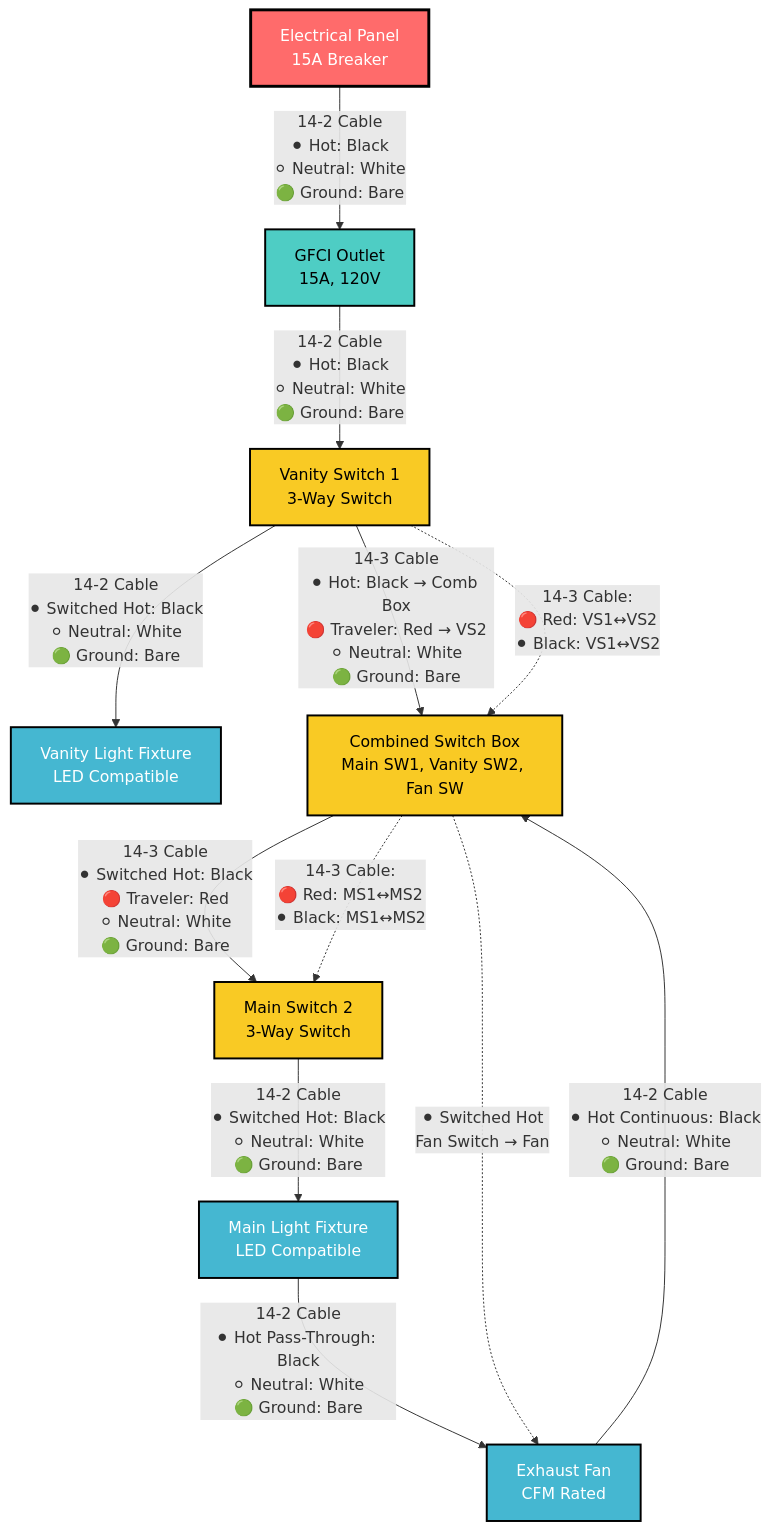
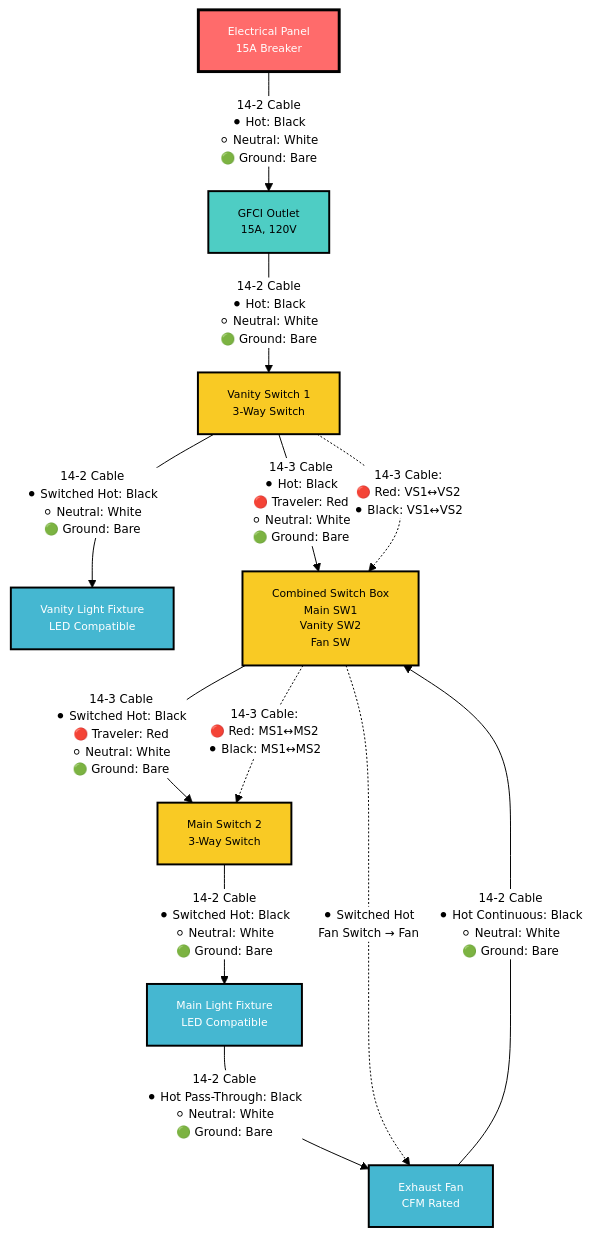
Before and after one commit to ticklemycode/electrical-wiring: the first of 8 diagrams in diagrams/mermaid-wiring-diagram.md, drawn with Mermaid. The commit also changed other lines of this file, not shown here.

````diff
--- a/diagrams/mermaid-wiring-diagram.md
+++ b/diagrams/mermaid-wiring-diagram.md
@@ -7,37 +7,38 @@
 ```mermaid
+%%{init: {'theme':'base', 'themeVariables': {'fontSize': '12px', 'fontFamily': 'Arial', 'primaryColor': '#ffffff', 'primaryTextColor': '#000000', 'lineColor': '#000000'}}}%%
 flowchart TD
     A[Electrical Panel<br/>15A Breaker] -->|14-2 Cable<br/>⚫ Hot: Black<br/>⚪ Neutral: White<br/>🟢 Ground: Bare| B[GFCI Outlet<br/>15A, 120V]
     
     B -->|14-2 Cable<br/>⚫ Hot: Black<br/>⚪ Neutral: White<br/>🟢 Ground: Bare| D[Vanity Switch 1<br/>3-Way Switch]
     
     D -->|14-2 Cable<br/>⚫ Switched Hot: Black<br/>⚪ Neutral: White<br/>🟢 Ground: Bare| C[Vanity Light Fixture<br/>LED Compatible]
     
-    D -->|14-3 Cable<br/>⚫ Hot: Black → Comb Box<br/>🔴 Traveler: Red → VS2<br/>⚪ Neutral: White<br/>🟢 Ground: Bare| E[Combined Switch Box<br/>Main SW1, Vanity SW2, Fan SW]
+    D -->|14-3 Cable<br/>⚫ Hot: Black<br/>🔴 Traveler: Red<br/>⚪ Neutral: White<br/>🟢 Ground: Bare| E[Combined Switch Box<br/>Main SW1<br/>Vanity SW2<br/>Fan SW]
     
     E -->|14-3 Cable<br/>⚫ Switched Hot: Black<br/>🔴 Traveler: Red<br/>⚪ Neutral: White<br/>🟢 Ground: Bare| F[Main Switch 2<br/>3-Way Switch]
     
     F -->|14-2 Cable<br/>⚫ Switched Hot: Black<br/>⚪ Neutral: White<br/>🟢 Ground: Bare| G[Main Light Fixture<br/>LED Compatible]
     
     G -->|14-2 Cable<br/>⚫ Hot Pass-Through: Black<br/>⚪ Neutral: White<br/>🟢 Ground: Bare| H[Exhaust Fan<br/>CFM Rated]
     
     H -->|14-2 Cable<br/>⚫ Hot Continuous: Black<br/>⚪ Neutral: White<br/>🟢 Ground: Bare| E
     
     %% Fan Control Wire
     E -.->|⚫ Switched Hot<br/>Fan Switch → Fan| H
     
     %% 3-Way Traveler Wires - 14-3 Cable Note
     D -.->|14-3 Cable:<br/>🔴 Red: VS1↔VS2<br/>⚫ Black: VS1↔VS2| E
     E -.->|14-3 Cable:<br/>🔴 Red: MS1↔MS2<br/>⚫ Black: MS1↔MS2| F
     
     %% Styling
-    classDef panelStyle fill:#ff6b6b,stroke:#000,stroke-width:3px,color:#fff
-    classDef gfciStyle fill:#4ecdc4,stroke:#000,stroke-width:2px,color:#000
-    classDef fixtureStyle fill:#45b7d1,stroke:#000,stroke-width:2px,color:#fff
-    classDef switchStyle fill:#f9ca24,stroke:#000,stroke-width:2px,color:#000
-    classDef wireStyle stroke:#666,stroke-width:2px
+    classDef panelStyle fill:#ff6b6b,stroke:#000,stroke-width:3px,color:#fff,font-size:11px
+    classDef gfciStyle fill:#4ecdc4,stroke:#000,stroke-width:2px,color:#000,font-size:11px
+    classDef fixtureStyle fill:#45b7d1,stroke:#000,stroke-width:2px,color:#fff,font-size:11px
+    classDef switchStyle fill:#f9ca24,stroke:#000,stroke-width:2px,color:#000,font-size:11px
+    classDef wireStyle stroke:#666,stroke-width:2px,font-size:10px
     
     class A panelStyle
     class B gfciStyle
     class C,G,H fixtureStyle
     class D,E,F switchStyle
 ```
````
